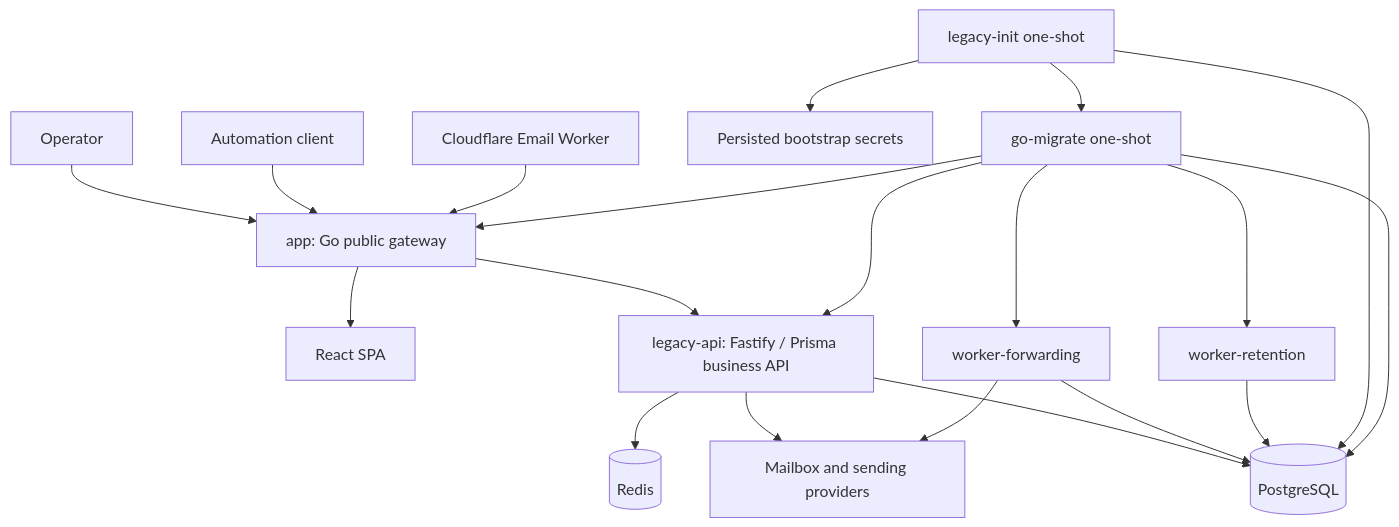
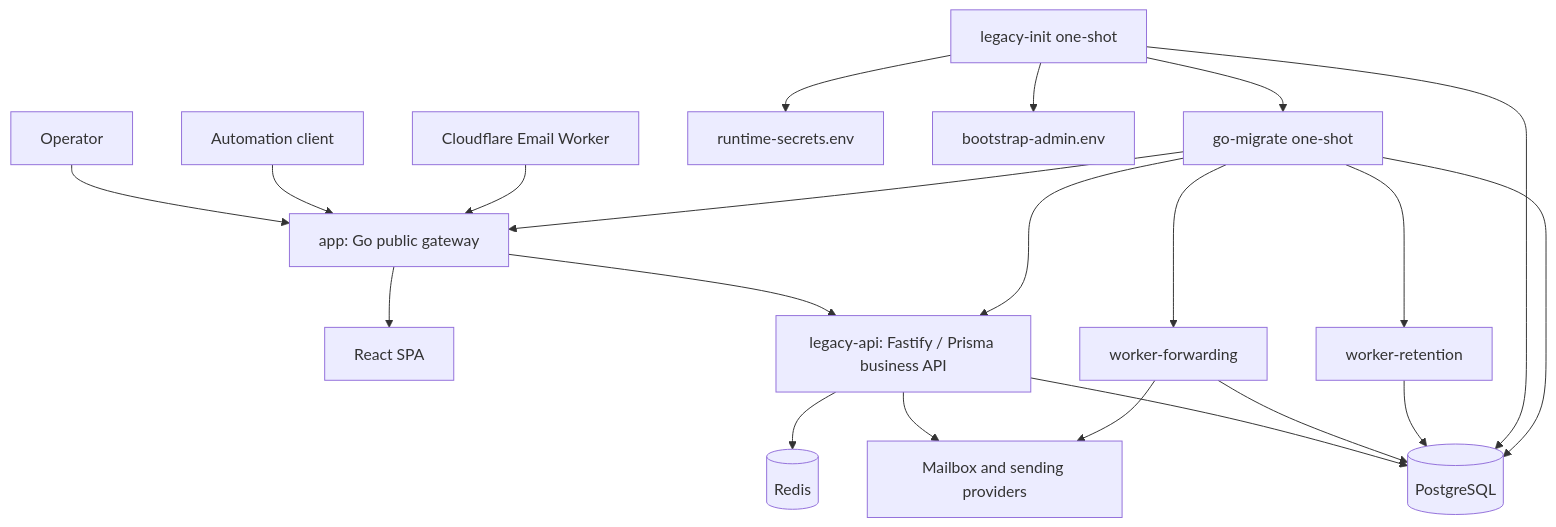
One commit to feng123-new/all-Mail changed the diagram in README.md. Above: the diagram before and after it, drawn with Mermaid. The commit also changed other lines of this file, not shown here.

Commit message:
docs(readme): document one-shot administrator bootstrap and secret retirement

````diff
--- a/README.md
+++ b/README.md
@@ -39,26 +39,27 @@
 ```mermaid
 flowchart TD
     Operator[Operator] --> GoAPI[app: Go public gateway]
     Automation[Automation client] --> GoAPI
     Edge[Cloudflare Email Worker] --> GoAPI
 
     GoAPI --> SPA[React SPA]
     GoAPI --> Legacy[legacy-api: Fastify / Prisma business API]
 
     Legacy --> Postgres[(PostgreSQL)]
     Legacy --> Redis[(Redis)]
     Legacy --> Providers[Mailbox and sending providers]
 
     Forwarding[worker-forwarding] --> Postgres
     Forwarding --> Providers
     Retention[worker-retention] --> Postgres
 
-    LegacyInit[legacy-init one-shot] --> Postgres
-    LegacyInit --> Secrets[Persisted bootstrap secrets]
+    LegacyInit[legacy-init one-shot] --> RuntimeSecrets[runtime-secrets.env]
+    LegacyInit --> AdminSecret[bootstrap-admin.env]
+    LegacyInit --> Postgres
     GoMigrate[go-migrate one-shot] --> Postgres
     LegacyInit --> GoMigrate
     GoMigrate --> Legacy
     GoMigrate --> GoAPI
     GoMigrate --> Forwarding
     GoMigrate --> Retention
 ```
````
